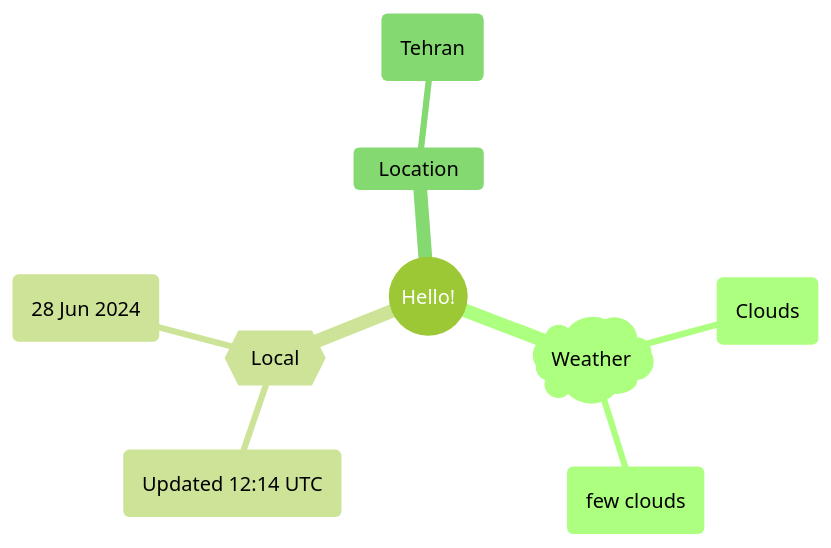
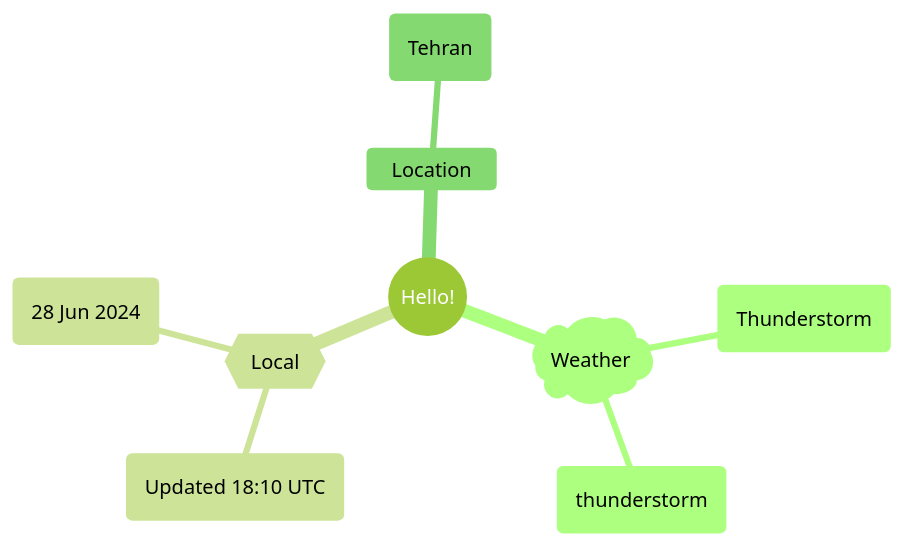
Before and after one commit to Xosrov/Xosrov: the first of 2 diagrams in README.md, drawn with Mermaid (forest theme).

Commit message:
[bot] updated images

````diff
--- a/README.md
+++ b/README.md
@@ -3,12 +3,12 @@
 ```mermaid
 mindmap
   root((Hello!))
     )Weather(
-        (Clouds)
-        (few clouds)
+        (Thunderstorm)
+        (thunderstorm)
     {{Local}}
-        (Updated 12:14 UTC)
+        (Updated 18:10 UTC)
         (28 Jun 2024)
     Location
         (Tehran)
 ```
````
